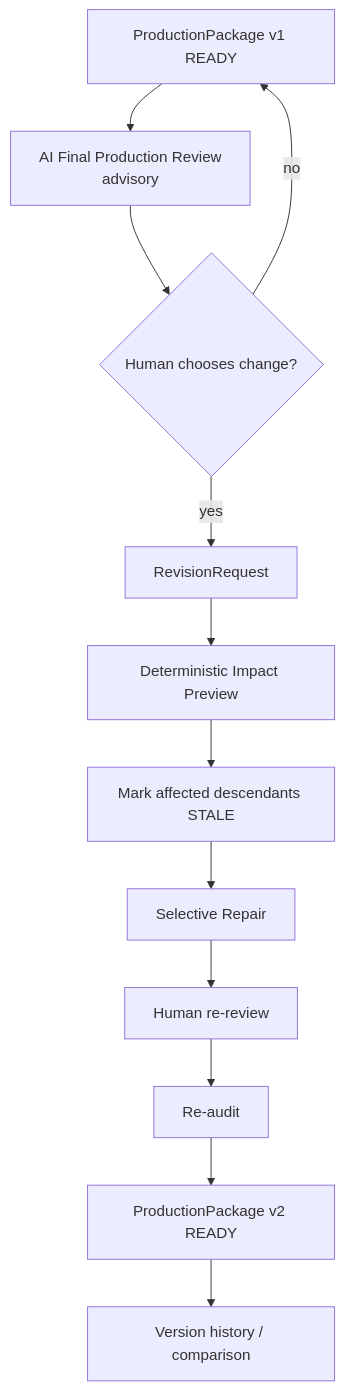
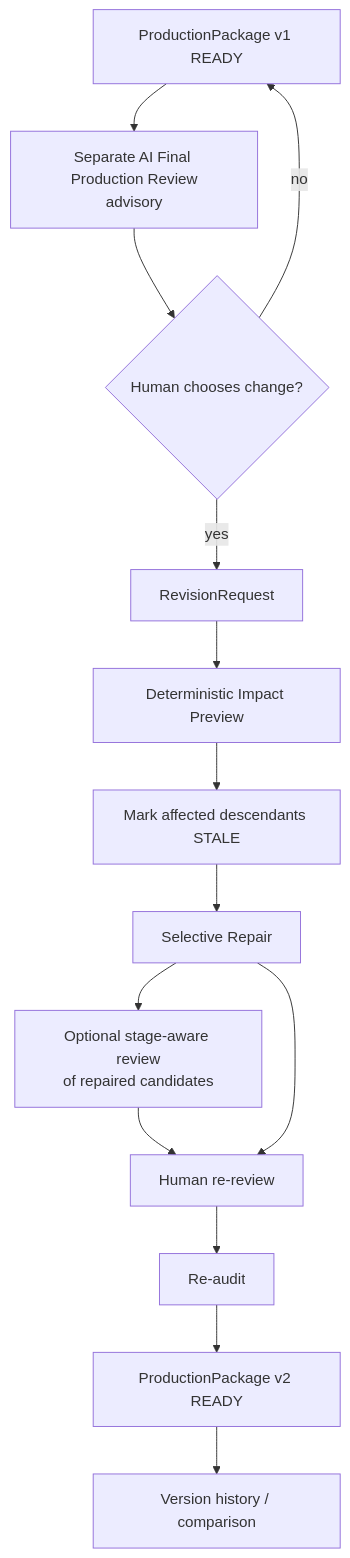
One commit to amin076/tital changed the fifth of 5 diagrams in docs/architecture/workflow-architecture.md. Above: the diagram before and after it, drawn with Mermaid. The commit also changed other lines of this file, not shown here.

Commit message:
docs: extend workflow architecture with stage-aware AI review

````diff
--- a/docs/architecture/workflow-architecture.md
+++ b/docs/architecture/workflow-architecture.md
@@ -182,18 +279,20 @@
 ```mermaid
 graph TD
     P1[ProductionPackage v1 READY]
-    AR[AI Final Production Review\nadvisory]
+    AR[Separate AI Final Production Review\nadvisory]
     H{Human chooses change?}
     RR[RevisionRequest]
     IP[Deterministic Impact Preview]
     S[Mark affected descendants STALE]
     REP[Selective Repair]
+    SR[Optional stage-aware review\nof repaired candidates]
     HR[Human re-review]
     AU[Re-audit]
     P2[ProductionPackage v2 READY]
     HIST[Version history / comparison]
 
     P1 --> AR --> H
     H -->|no| P1
-    H -->|yes| RR --> IP --> S --> REP --> HR --> AU --> P2 --> HIST
+    H -->|yes| RR --> IP --> S --> REP --> SR --> HR --> AU --> P2 --> HIST
+    REP --> HR
 ```
````
